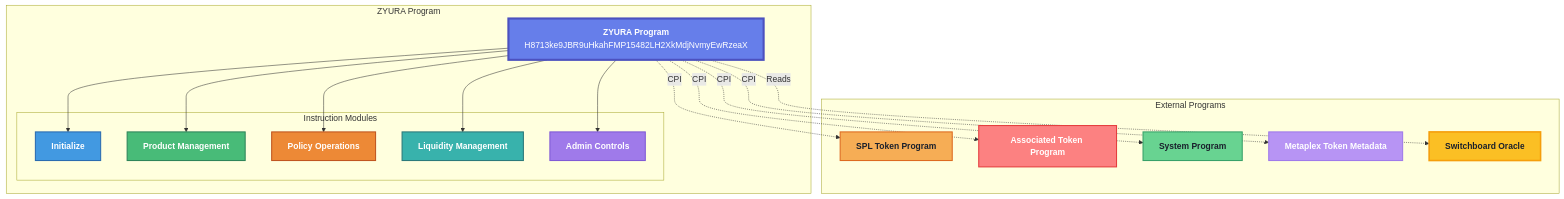
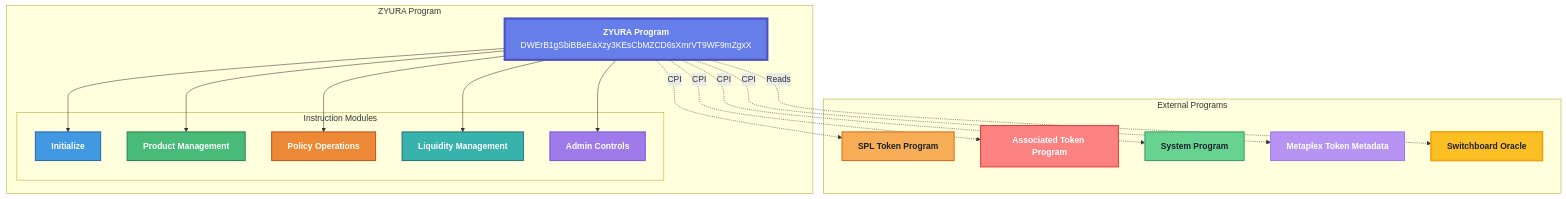
One commit to alienx5499/ZYURA changed the first of 8 diagrams in README.md. Above: the diagram before and after it, drawn with Mermaid. The commit also changed other lines of this file and 3 other files, not shown here.

````diff
--- a/README.md
+++ b/README.md
@@ -580,46 +596,46 @@
 ```mermaid
 graph TB
     subgraph "ZYURA Program"
-        ZP["<b>ZYURA Program</b><br/>H8713ke9JBR9uHkahFMP15482LH2XkMdjNvmyEwRzeaX"]
+        ZP["<b>ZYURA Program</b><br/>DWErB1gSbiBBeEaXzy3KEsCbMZCD6sXmrVT9WF9mZgxX"]
         
         subgraph "Instruction Modules"
             INIT["<b>Initialize</b>"]
             PROD["<b>Product Management</b>"]
             POLICY["<b>Policy Operations</b>"]
             LIQ["<b>Liquidity Management</b>"]
             ADMIN["<b>Admin Controls</b>"]
         end
         
         ZP --> INIT
         ZP --> PROD
         ZP --> POLICY
         ZP --> LIQ
         ZP --> ADMIN
     end
     
     subgraph "External Programs"
         SPL["<b>SPL Token Program</b>"]
         ATA["<b>Associated Token Program</b>"]
         SYS["<b>System Program</b>"]
         META["<b>Metaplex Token Metadata</b>"]
         SWB["<b>Switchboard Oracle</b>"]
     end
     
     ZP -.CPI.-> SPL
     ZP -.CPI.-> ATA
     ZP -.CPI.-> SYS
     ZP -.CPI.-> META
     ZP -.Reads.-> SWB
     
     style ZP fill:#667eea,stroke:#4c51bf,stroke-width:4px,color:#fff
     style INIT fill:#4299e1,stroke:#2b6cb0,stroke-width:2px,color:#fff
     style PROD fill:#48bb78,stroke:#2f855a,stroke-width:2px,color:#fff
     style POLICY fill:#ed8936,stroke:#c05621,stroke-width:2px,color:#fff
     style LIQ fill:#38b2ac,stroke:#2c7a7b,stroke-width:2px,color:#fff
     style ADMIN fill:#9f7aea,stroke:#805ad5,stroke-width:2px,color:#fff
     style SPL fill:#f6ad55,stroke:#dd6b20,stroke-width:2px,color:#1a202c
     style ATA fill:#fc8181,stroke:#e53e3e,stroke-width:2px,color:#fff
     style SYS fill:#68d391,stroke:#38a169,stroke-width:2px,color:#1a202c
     style META fill:#b794f4,stroke:#9f7aea,stroke-width:2px,color:#fff
     style SWB fill:#fbbf24,stroke:#f59e0b,stroke-width:3px,color:#1a202c
 ```
````
